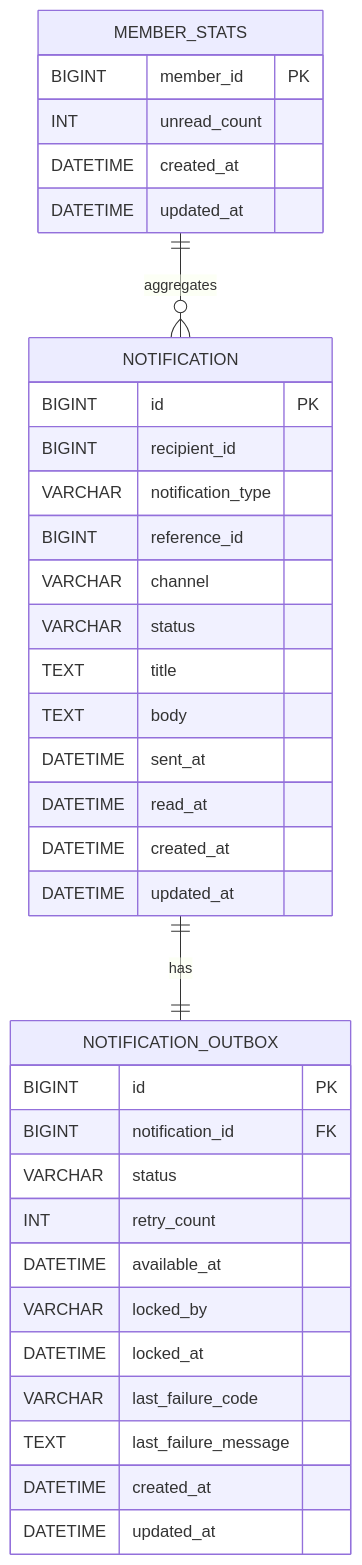
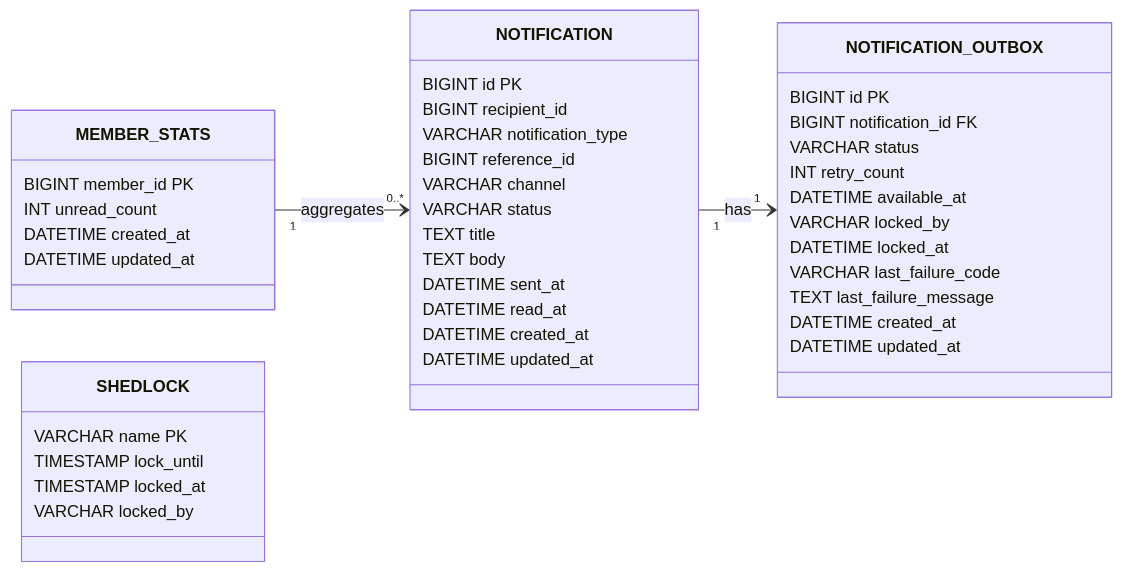
The diagram in README.md (Changha-dev/notification-system-design), drawn with Mermaid before and after one commit. The commit also changed other lines of this file, not shown here.

Commit message:
feat: readme - 데이터모델 shedLock 추가

````diff
--- a/README.md
+++ b/README.md
@@ -152,41 +158,50 @@
 ```mermaid
-erDiagram
-    NOTIFICATION {
+classDiagram
+    direction LR
+
+    class NOTIFICATION {
         BIGINT id PK
         BIGINT recipient_id
         VARCHAR notification_type
         BIGINT reference_id
         VARCHAR channel
         VARCHAR status
         TEXT title
         TEXT body
         DATETIME sent_at
         DATETIME read_at
         DATETIME created_at
         DATETIME updated_at
     }
 
-    NOTIFICATION_OUTBOX {
+    class NOTIFICATION_OUTBOX {
         BIGINT id PK
         BIGINT notification_id FK
         VARCHAR status
         INT retry_count
         DATETIME available_at
         VARCHAR locked_by
         DATETIME locked_at
         VARCHAR last_failure_code
         TEXT last_failure_message
         DATETIME created_at
         DATETIME updated_at
     }
 
-    MEMBER_STATS {
+    class MEMBER_STATS {
         BIGINT member_id PK
         INT unread_count
         DATETIME created_at
         DATETIME updated_at
     }
 
-    NOTIFICATION ||--|| NOTIFICATION_OUTBOX : has
-    MEMBER_STATS ||--o{ NOTIFICATION : aggregates
+    class SHEDLOCK {
+        VARCHAR name PK
+        TIMESTAMP lock_until
+        TIMESTAMP locked_at
+        VARCHAR locked_by
+    }
+
+    NOTIFICATION "1" --> "1" NOTIFICATION_OUTBOX : has
+    MEMBER_STATS "1" --> "0..*" NOTIFICATION : aggregates
 ```
````
